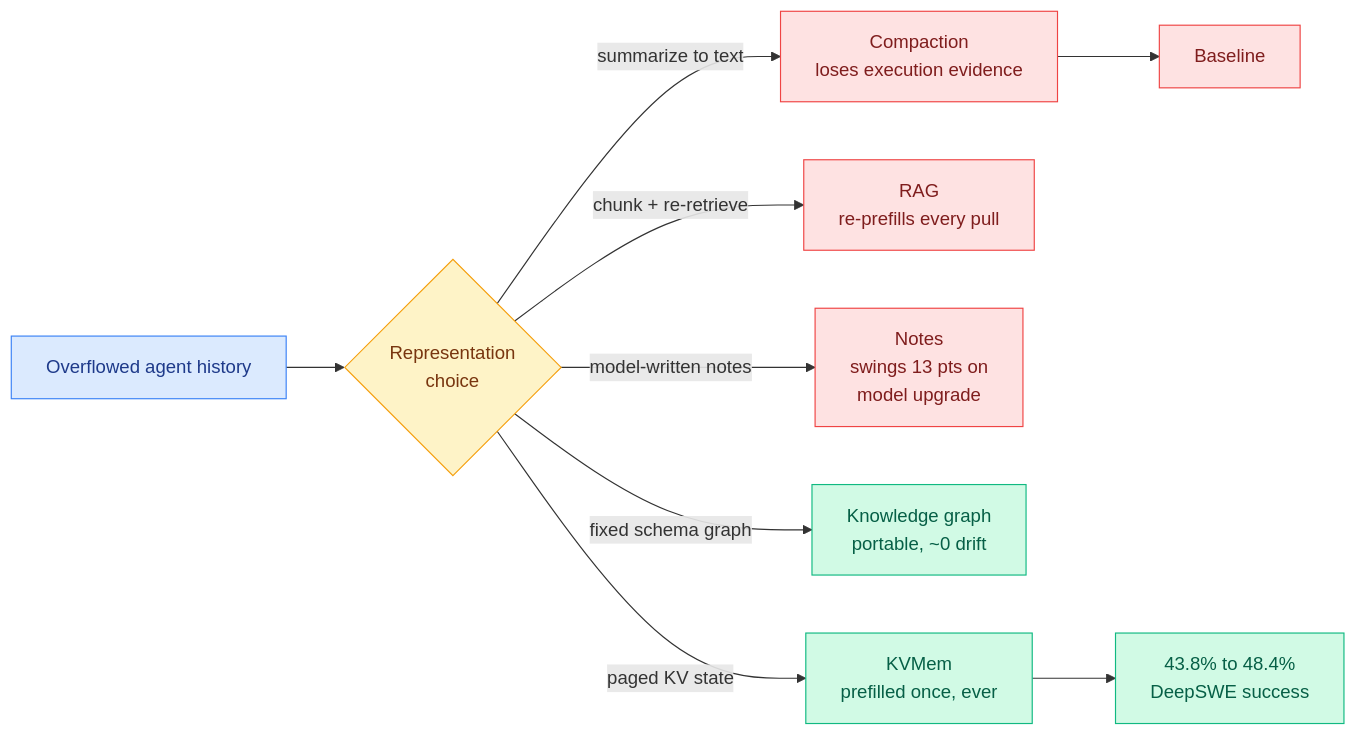
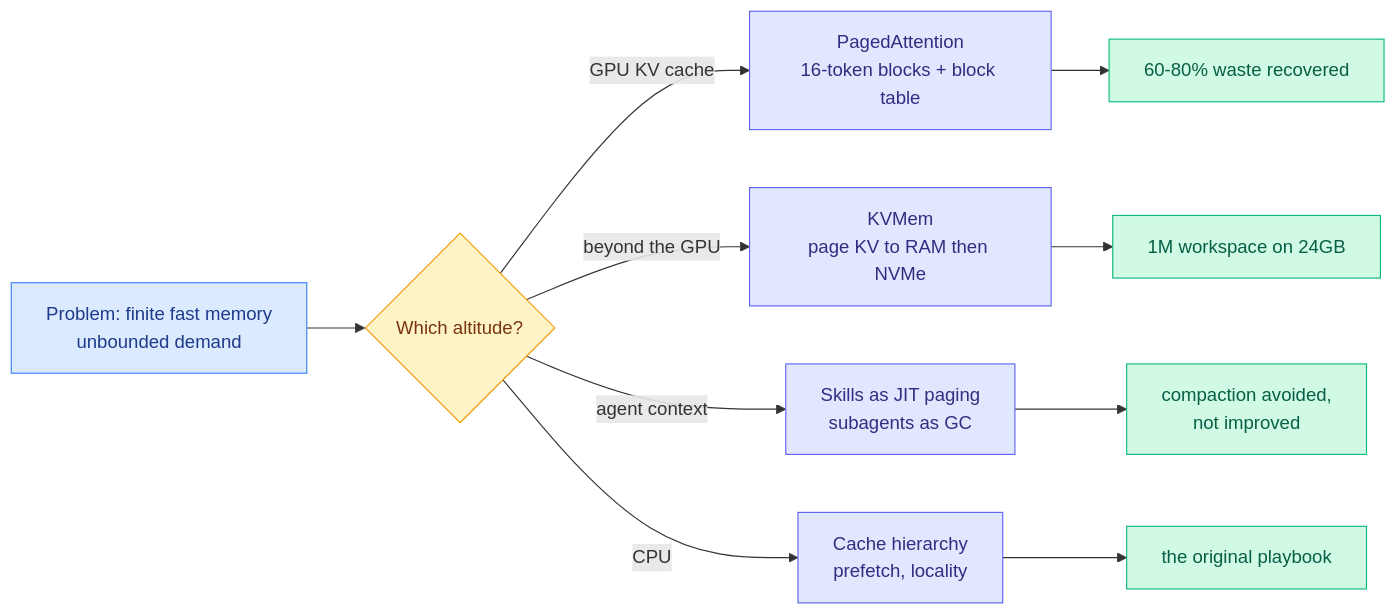
The diagram in wiki/media-zone/2026-09/2026-09-08.md (bayesiansapien/cere-bro), drawn with Mermaid before and after one commit. The commit also changed other lines of this file, not shown here.

````diff
--- a/wiki/media-zone/2026-09/2026-09-08.md
+++ b/wiki/media-zone/2026-09/2026-09-08.md
@@ -23,19 +24,20 @@
 ```mermaid
 flowchart LR
-  H[Overflowed agent history] --> C{Representation<br/>choice}
-  C -->|summarize to text| S[Compaction<br/>loses execution evidence]
-  C -->|chunk + re-retrieve| R[RAG<br/>re-prefills every pull]
-  C -->|model-written notes| N[Notes<br/>swings 13 pts on<br/>model upgrade]
-  C -->|fixed schema graph| K[Knowledge graph<br/>portable, ~0 drift]
-  C -->|paged KV state| P[KVMem<br/>prefilled once, ever]
-  P --> W[43.8% to 48.4%<br/>DeepSWE success]
-  S --> L[Baseline]
+  P[Problem: finite fast memory<br/>unbounded demand] --> G{Which altitude?}
+  G -->|GPU KV cache| A[PagedAttention<br/>16-token blocks + block table]
+  G -->|beyond the GPU| B[KVMem<br/>page KV to RAM then NVMe]
+  G -->|agent context| C[Skills as JIT paging<br/>subagents as GC]
+  G -->|CPU| D[Cache hierarchy<br/>prefetch, locality]
+  A --> W[60-80% waste recovered]
+  B --> X[1M workspace on 24GB]
+  C --> Y[compaction avoided,<br/>not improved]
+  D --> Z[the original playbook]
   classDef input fill:#dbeafe,stroke:#3b82f6,color:#1e3a8a
   classDef decision fill:#fef3c7,stroke:#f59e0b,color:#78350f
   classDef output fill:#d1fae5,stroke:#10b981,color:#065f46
-  classDef warn fill:#fee2e2,stroke:#ef4444,color:#7f1d1d
-  class H input
-  class C decision
-  class K,P,W output
-  class S,R,N,L warn
+  classDef aux fill:#e0e7ff,stroke:#6366f1,color:#312e81
+  class P input
+  class G decision
+  class A,B,C,D aux
+  class W,X,Y,Z output
 ```
````
